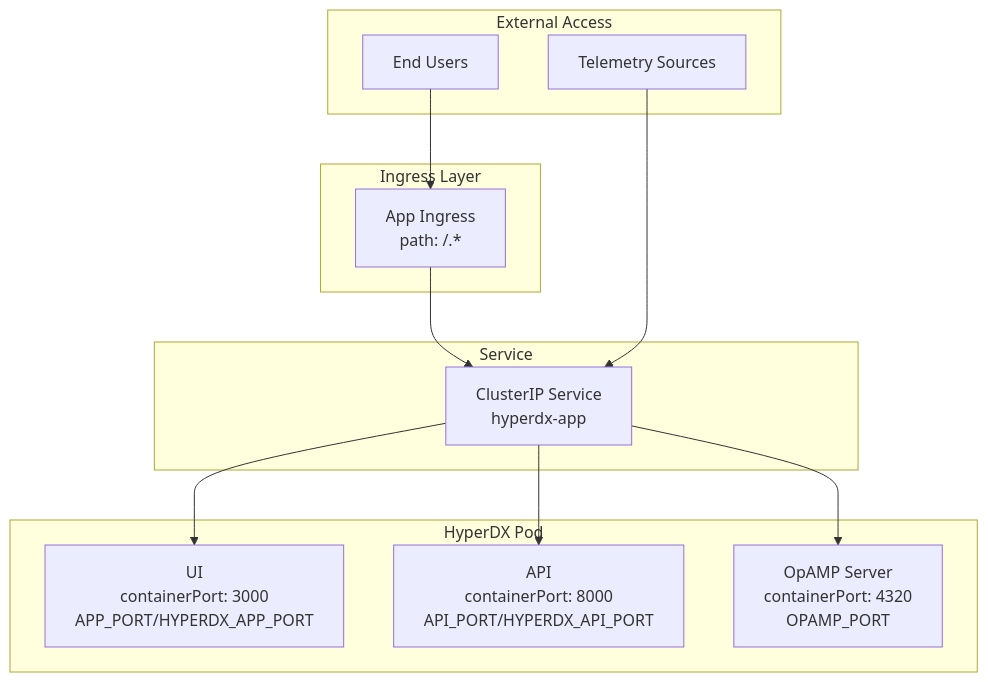
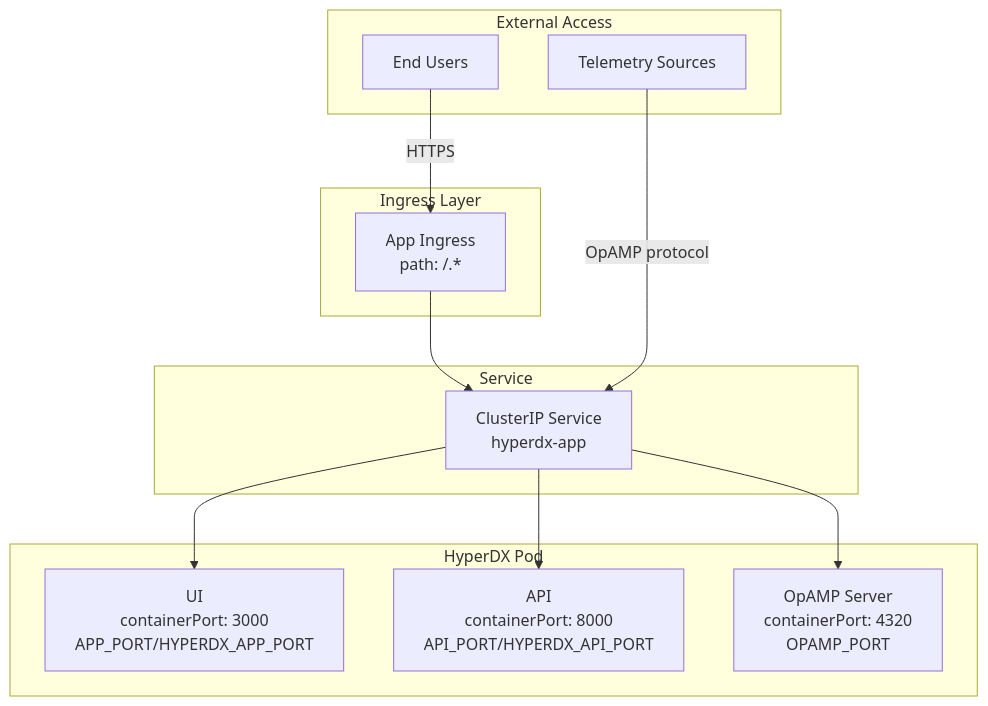
The second of 6 diagrams in docs/hyperdxio-helm-charts-docs/HyperDX-Application-Configuration.md (openchoreo/openchoreo), drawn with Mermaid before and after one commit. The commit also changed other lines of this file and 85 other files, not shown here.

Commit message:
feat: Add new workflow and specification templates, update Helm chart dependencies, and clarify documentation diagrams.

````diff
--- a/docs/hyperdxio-helm-charts-docs/HyperDX-Application-Configuration.md
+++ b/docs/hyperdxio-helm-charts-docs/HyperDX-Application-Configuration.md
@@ -109,37 +109,37 @@
 ```mermaid
 flowchart TD
 
 Users["End Users"]
 TelemetrySources["Telemetry Sources"]
 AppIngress["App Ingress<br>path: /.*"]
 UIPort["UI<br>containerPort: 3000<br>APP_PORT/HYPERDX_APP_PORT"]
 APIPort["API<br>containerPort: 8000<br>API_PORT/HYPERDX_API_PORT"]
 OpAMPPort["OpAMP Server<br>containerPort: 4320<br>OPAMP_PORT"]
 ClusterIPSvc["ClusterIP Service<br>hyperdx-app"]
 
-Users --> AppIngress
+Users -->|"HTTPS"| AppIngress
 AppIngress --> ClusterIPSvc
 ClusterIPSvc --> UIPort
 ClusterIPSvc --> APIPort
-TelemetrySources --> ClusterIPSvc
+TelemetrySources -->|"OpAMP protocol"| ClusterIPSvc
 ClusterIPSvc --> OpAMPPort
 
 subgraph Service ["Service"]
     ClusterIPSvc
 end
 
 subgraph subGraph2 ["HyperDX Pod"]
     UIPort
     APIPort
     OpAMPPort
 end
 
 subgraph subGraph1 ["Ingress Layer"]
     AppIngress
 end
 
 subgraph subGraph0 ["External Access"]
     Users
     TelemetrySources
 end
 ```
````
